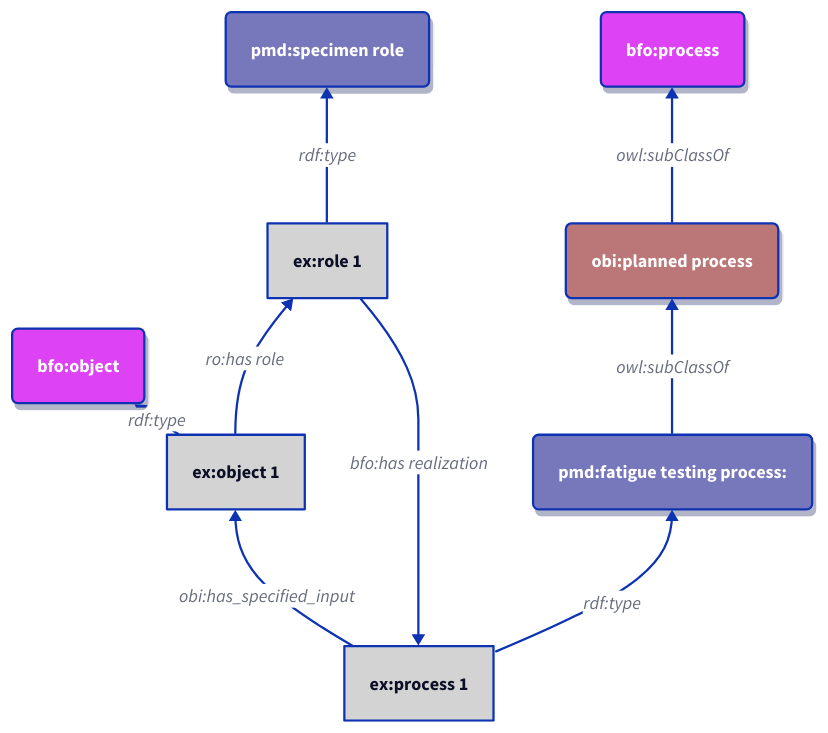
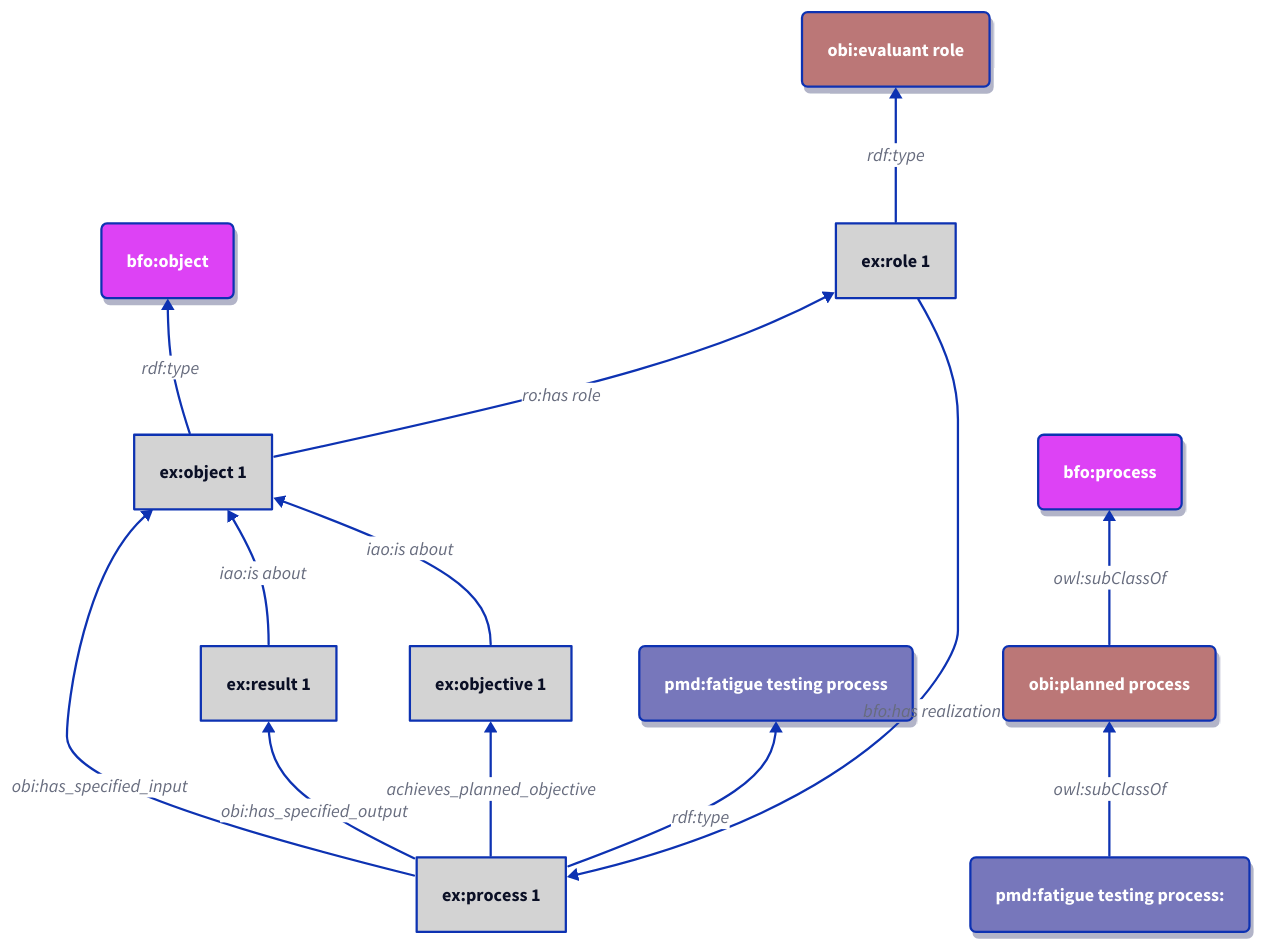
One commit to materialdigital/core-ontology changed the fourth of 4 diagrams in docs/patterns.md. Above: the diagram before and after it, drawn with D2. The commit also changed other lines of this file and 1 other file, not shown here.

````diff
--- a/docs/patterns.md
+++ b/docs/patterns.md
@@ -361,56 +361,60 @@
 ```d2
-
 direction: up
 
 classes: {
   bfoclazz: {
     style: {
       fill: "#dd42f5"
       shadow: true
       border-radius: 5
       font-color: white
     }
   }
   pmdclazz: {
     style: {
       fill: "#7777BB"
       shadow: true
       border-radius: 5
       font-color: white
     }
   }
   obiclazz: {
     style: {
       fill: "#BB7777"
       shadow: true
       border-radius: 5
       font-color: white
     }
   }
   individual: {
     style: {
       fill: "lightgrey"
     }
   }
 }
 bfo*.class: bfoclazz
 pmd*.class: pmdclazz
 obi*.class: obiclazz
 ex*.class: individual
 
 "ex:process 1" -> "ex:object 1": "obi:has_specified_input"
+"ex:process 1" -> "ex:result 1": "obi:has_specified_output"
+"ex:process 1" -> "ex:objective 1": "achieves_planned_objective"
 
-"ex:process 1" -> "pmd:fatigue testing process: ": "rdf:type"
+"ex:objective 1" -> "ex:object 1": "iao:is about"
+"ex:result 1" -> "ex:object 1": "iao:is about"
+"ex:process 1" -> "pmd:fatigue testing process": "rdf:type"
 "pmd:fatigue testing process: " -> "obi:planned process": "owl:subClassOf"
 "obi:planned process" -> "bfo:process": "owl:subClassOf"
 
 "ex:object 1" -> "bfo:object": "rdf:type"
 "ex:object 1" -> "ex:role 1": "ro:has role"
-"ex:role 1" -> "pmd:specimen role": "rdf:type"
+"ex:role 1" -> "obi:evaluant role": "rdf:type"
 "ex:role 1" -> "ex:process 1": "bfo:has realization"
 
-"bfo:object": {
-  near: center-left
-}
+# "bfo:object": {
+#  near: center-left
+# }
+
 
 ```
````
